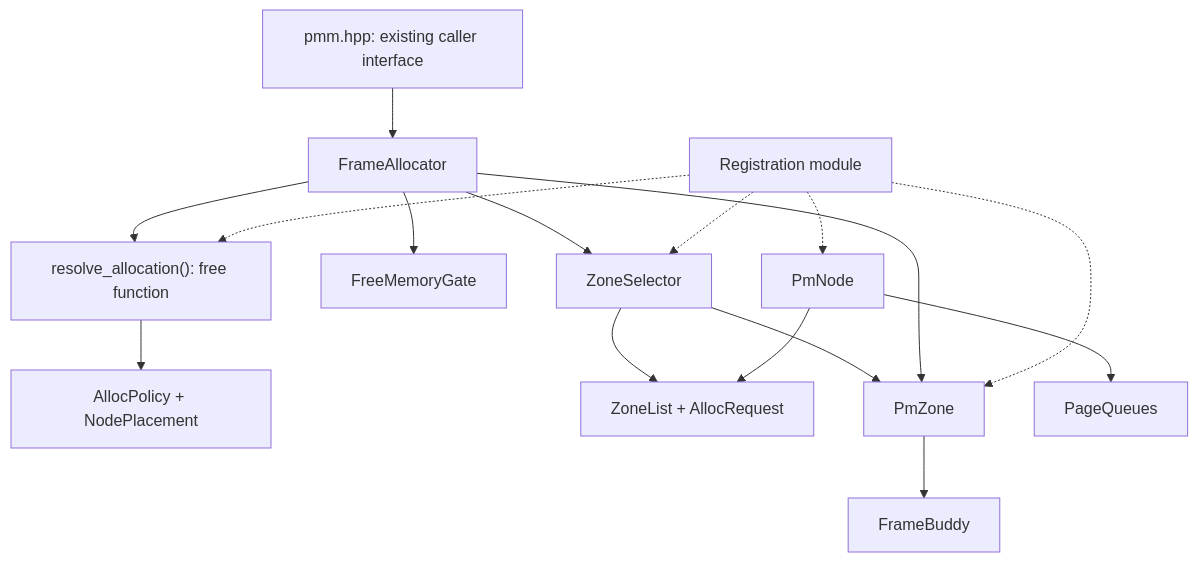
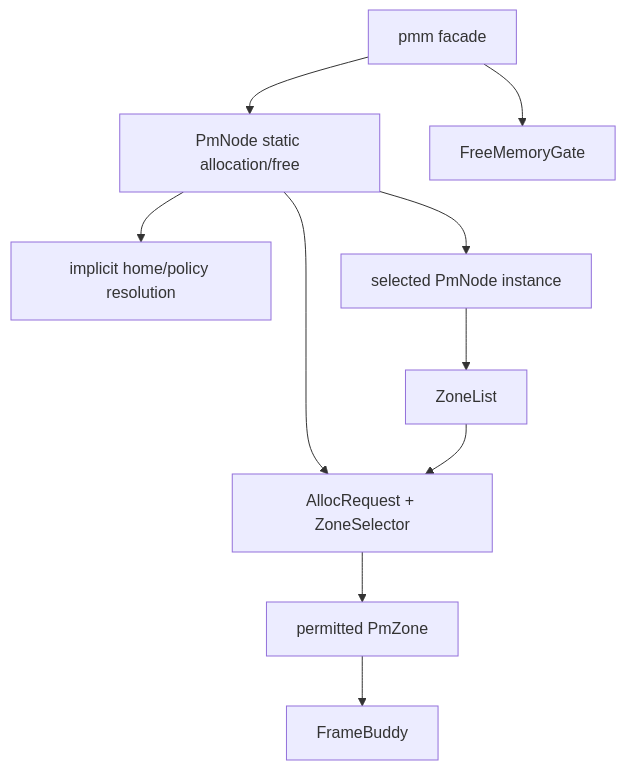
Before and after one commit to ours-dev/ours: the diagram in .agents/tasks/pmm-responsibilities/DESIGN.md, drawn with Mermaid. The commit also changed other lines of this file and 7 other files, not shown here.

Commit message:
refactor: make PmNode allocation static across nodes

````diff
--- a/.agents/tasks/pmm-responsibilities/DESIGN.md
+++ b/.agents/tasks/pmm-responsibilities/DESIGN.md
@@ -68,18 +61,12 @@
 ```mermaid
 flowchart TD
-    API["pmm.hpp: existing caller interface"] --> A["FrameAllocator"]
-    A --> R["resolve_allocation(): free function"]
-    R --> P["AllocPolicy + NodePlacement"]
-    A --> G["FreeMemoryGate"]
-    A --> S["ZoneSelector"]
-    S --> O["ZoneList + AllocRequest"]
-    S --> Z["PmZone"]
-    A --> Z
+    API["pmm facade"] --> S["PmNode static allocation/free"]
+    API --> G["FreeMemoryGate"]
+    S --> R["implicit home/policy resolution"]
+    S --> N["selected PmNode instance"]
+    N --> L["ZoneList"]
+    S --> Q["AllocRequest + ZoneSelector"]
+    L --> Q
+    Q --> Z["permitted PmZone"]
     Z --> B["FrameBuddy"]
-    REG["Registration module"] -.-> R
-    REG -.-> S
-    N["PmNode"] --> O
-    N --> Q["PageQueues"]
-    REG -.-> N
-    REG -.-> Z
 ```
````
